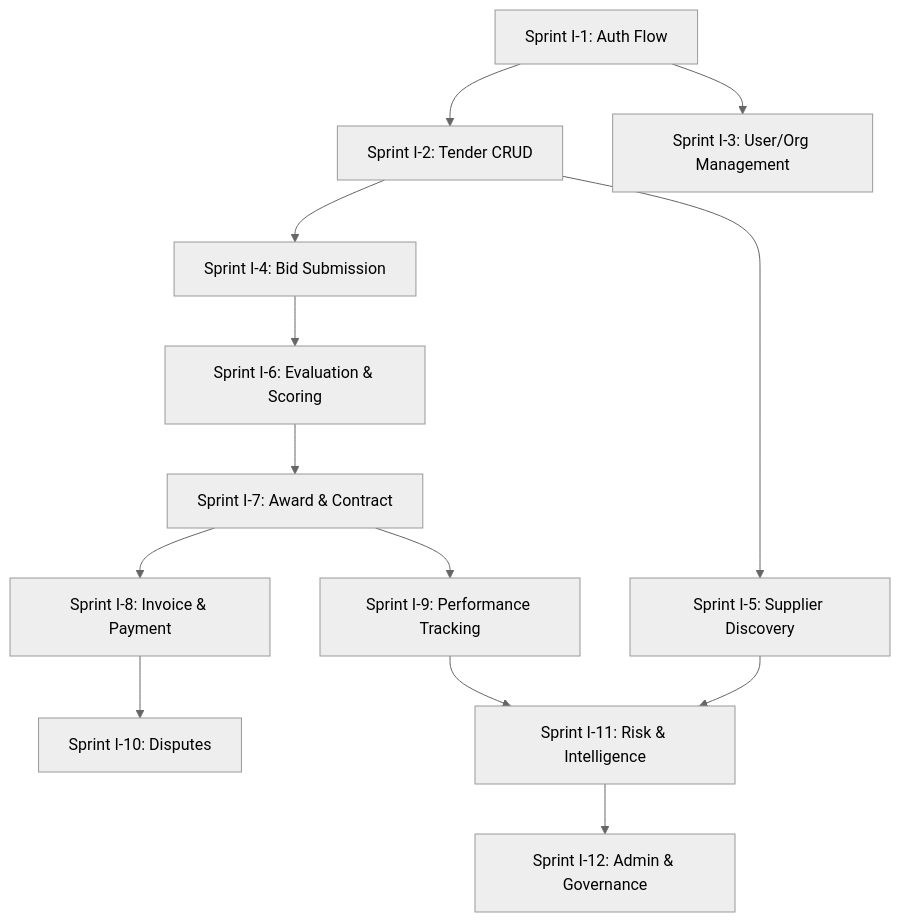
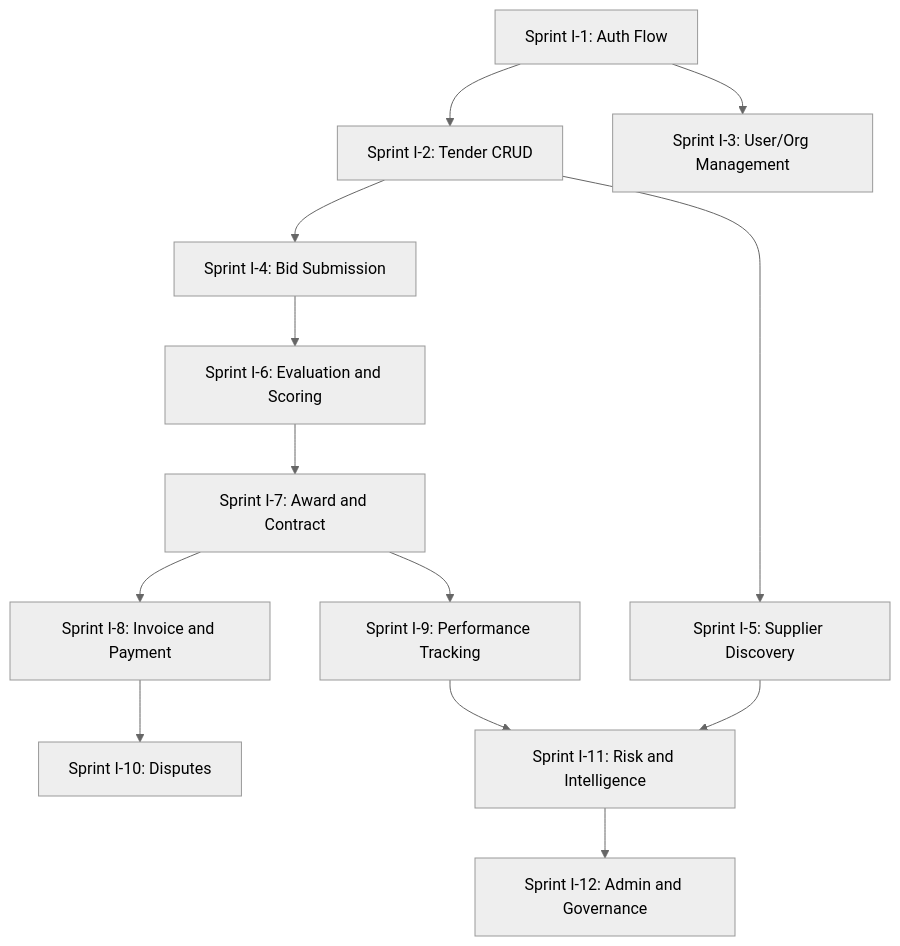
One commit to Jkatex/ProcureX changed the second of 3 diagrams in FACTS/Full System Implementation Process Flow.md. Above: the diagram before and after it, drawn with Mermaid (neutral theme). The commit also changed other lines of this file and 88 other files, not shown here.

````diff
--- a/FACTS/Full System Implementation Process Flow.md
+++ b/FACTS/Full System Implementation Process Flow.md
@@ -904,15 +904,15 @@
 ```mermaid
 flowchart TD
     A["Sprint I-1: Auth Flow"] --> B["Sprint I-2: Tender CRUD"]
     A --> C["Sprint I-3: User/Org Management"]
     B --> D["Sprint I-4: Bid Submission"]
     B --> E["Sprint I-5: Supplier Discovery"]
-    D --> F["Sprint I-6: Evaluation & Scoring"]
-    F --> G["Sprint I-7: Award & Contract"]
-    G --> H["Sprint I-8: Invoice & Payment"]
+    D --> F["Sprint I-6: Evaluation and Scoring"]
+    F --> G["Sprint I-7: Award and Contract"]
+    G --> H["Sprint I-8: Invoice and Payment"]
     G --> I["Sprint I-9: Performance Tracking"]
     H --> J["Sprint I-10: Disputes"]
-    E --> K["Sprint I-11: Risk & Intelligence"]
+    E --> K["Sprint I-11: Risk and Intelligence"]
     I --> K
-    K --> L["Sprint I-12: Admin & Governance"]
+    K --> L["Sprint I-12: Admin and Governance"]
 ```
````
